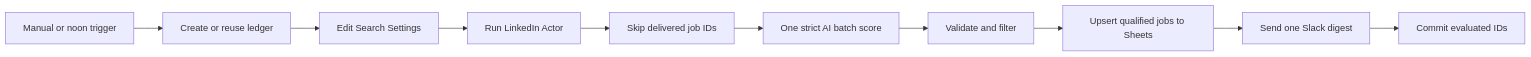
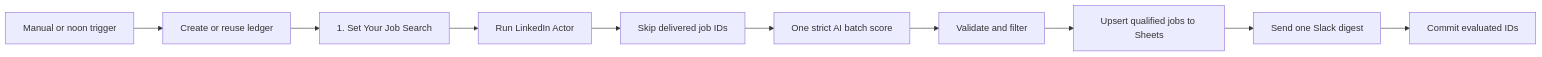
One commit to annamiy/fetchcat-n8n-workflows changed the diagram in workflows/linkedin-job-match-digest/README.md. Above: the diagram before and after it, drawn with Mermaid. The commit also changed other lines of this file and 5 other files, not shown here.

````diff
--- a/workflows/linkedin-job-match-digest/README.md
+++ b/workflows/linkedin-job-match-digest/README.md
@@ -33,12 +33,12 @@
 ```mermaid
 flowchart LR
   T[Manual or noon trigger] --> L[Create or reuse ledger]
-  L --> C[Edit Search Settings]
+  L --> C[1. Set Your Job Search]
   C --> A[Run LinkedIn Actor]
   A --> D[Skip delivered job IDs]
   D --> O[One strict AI batch score]
   O --> F[Validate and filter]
   F --> S[Upsert qualified jobs to Sheets]
   S --> X[Send one Slack digest]
   X --> K[Commit evaluated IDs]
 ```
````
